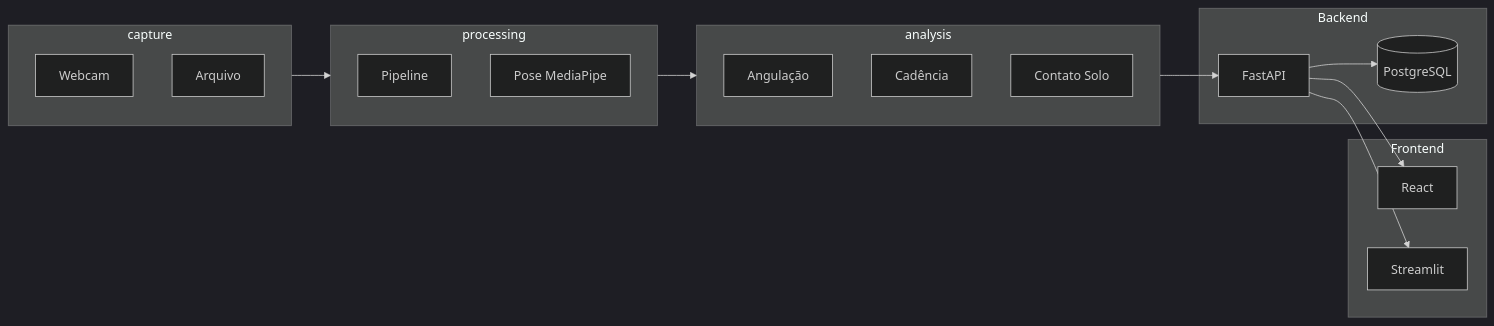
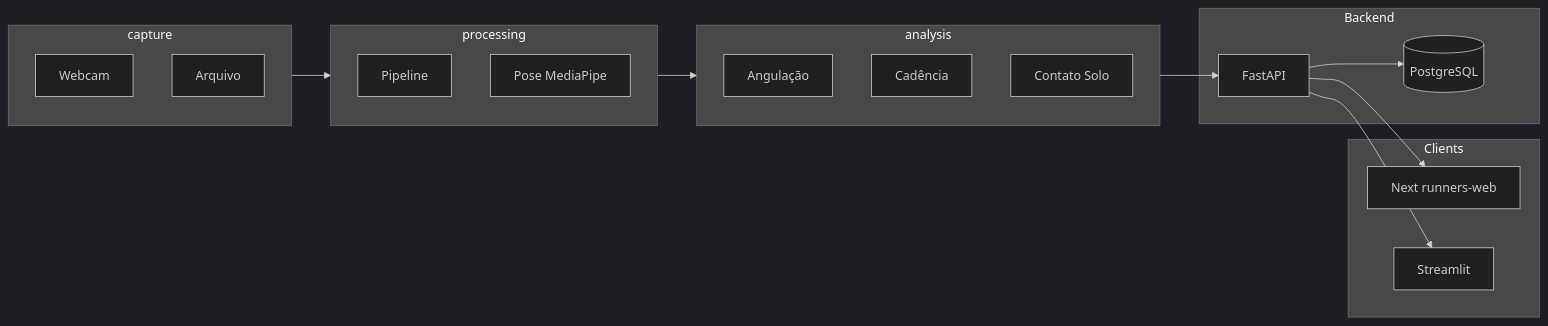
The diagram in docs/architecture.md (MatMeloni/Runners), drawn with Mermaid (dark theme) before and after one commit. The commit also changed other lines of this file and 118 other files, not shown here.

First line of the commit message:
Add Next.js web UI and user-scoped auth

````diff
--- a/docs/architecture.md
+++ b/docs/architecture.md
@@ -7,30 +7,30 @@
 ```mermaid
 flowchart LR
   subgraph capture [capture]
     Webcam[Webcam]
     File[Arquivo]
   end
   subgraph processing [processing]
     Pipeline[Pipeline]
     Pose[Pose MediaPipe]
   end
   subgraph analysis [analysis]
     Angles[Angulação]
     Cadence[Cadência]
     GCT[Contato Solo]
   end
   subgraph backend [Backend]
     API[FastAPI]
     DB[(PostgreSQL)]
   end
-  subgraph frontend [Frontend]
-    React[React]
+  subgraph clients [Clients]
+    NextWeb[Next runners-web]
     Streamlit[Streamlit]
   end
   capture --> processing
   processing --> analysis
   analysis --> API
   API --> DB
-  API --> React
+  API --> NextWeb
   API --> Streamlit
 ```
````
